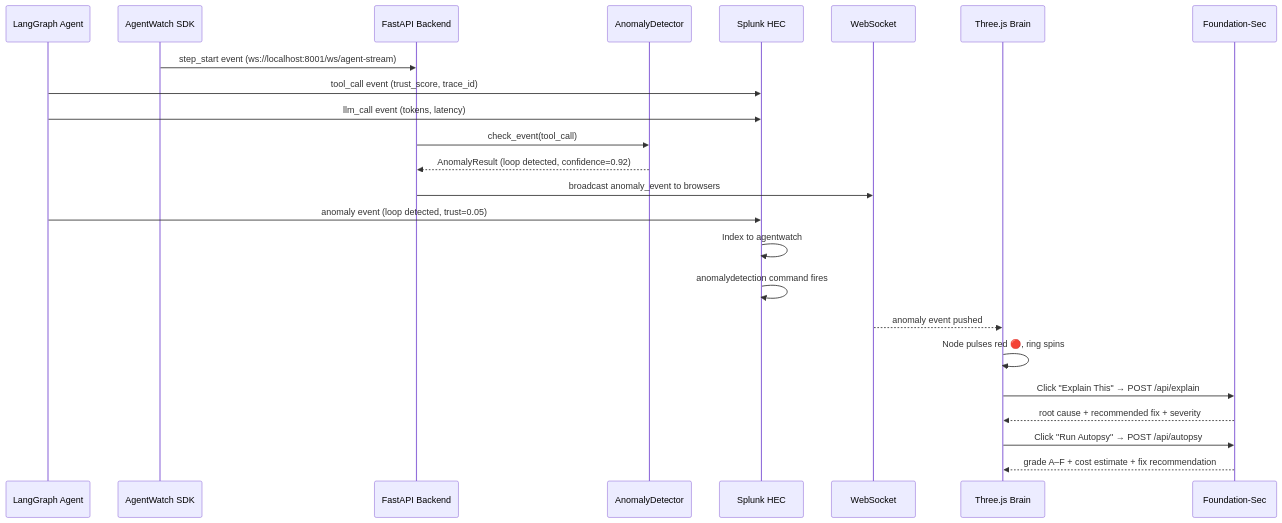
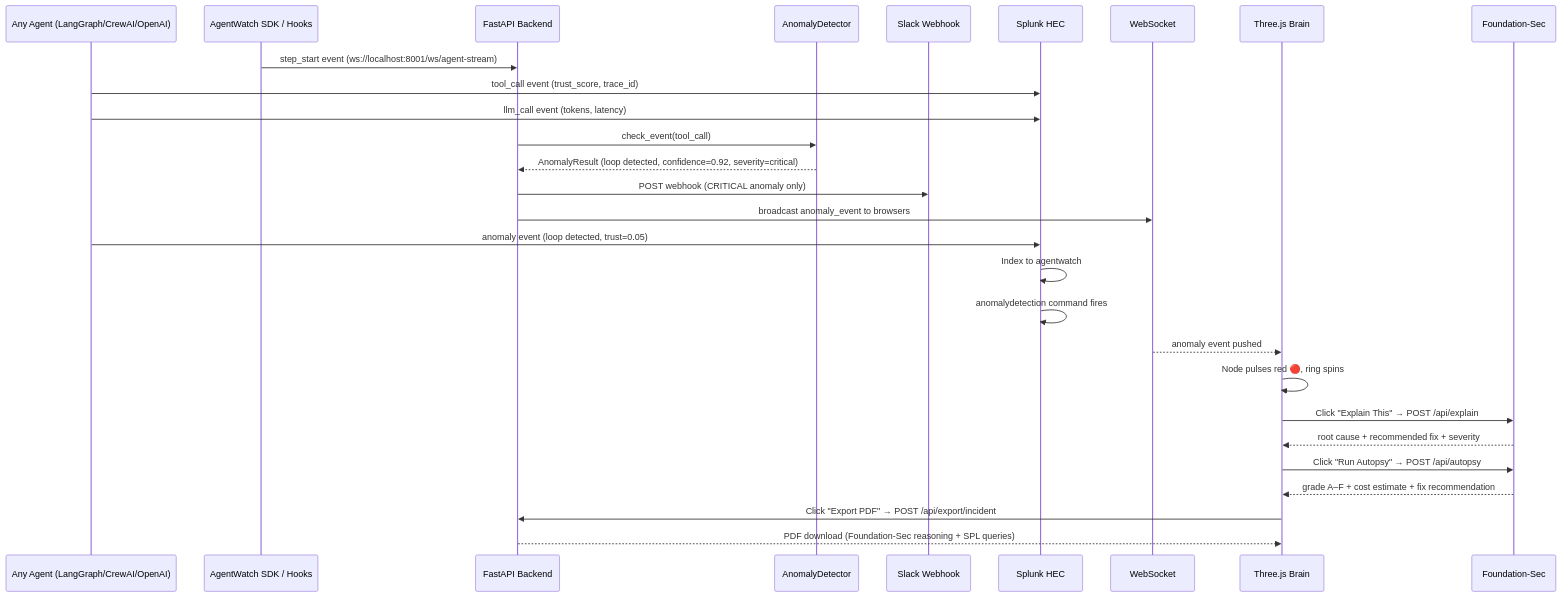
One commit to ashish-doing/agentwatch changed the second of 4 diagrams in architecture_diagram.md. Above: the diagram before and after it, drawn with Mermaid. The commit also changed other lines of this file, not shown here.

Commit message:
docs: update architecture diagram with all new features

````diff
--- a/architecture_diagram.md
+++ b/architecture_diagram.md
@@ -70,27 +78,31 @@
 ```mermaid
 sequenceDiagram
-    participant Agent as LangGraph Agent
-    participant SDK as AgentWatch SDK
+    participant Agent as Any Agent (LangGraph/CrewAI/OpenAI)
+    participant SDK as AgentWatch SDK / Hooks
     participant API as FastAPI Backend
     participant AD as AnomalyDetector
+    participant SLACK as Slack Webhook
     participant HEC as Splunk HEC
     participant WS as WebSocket
     participant Brain as Three.js Brain
     participant FS as Foundation-Sec
 
     SDK->>API: step_start event (ws://localhost:8001/ws/agent-stream)
     Agent->>HEC: tool_call event (trust_score, trace_id)
     Agent->>HEC: llm_call event (tokens, latency)
     API->>AD: check_event(tool_call)
-    AD-->>API: AnomalyResult (loop detected, confidence=0.92)
+    AD-->>API: AnomalyResult (loop detected, confidence=0.92, severity=critical)
+    API->>SLACK: POST webhook (CRITICAL anomaly only)
     API->>WS: broadcast anomaly_event to browsers
     Agent->>HEC: anomaly event (loop detected, trust=0.05)
     HEC->>HEC: Index to agentwatch
     HEC->>HEC: anomalydetection command fires
     WS-->>Brain: anomaly event pushed
     Brain->>Brain: Node pulses red 🔴, ring spins
     Brain->>FS: Click "Explain This" → POST /api/explain
     FS-->>Brain: root cause + recommended fix + severity
     Brain->>FS: Click "Run Autopsy" → POST /api/autopsy
     FS-->>Brain: grade A–F + cost estimate + fix recommendation
+    Brain->>API: Click "Export PDF" → POST /api/export/incident
+    API-->>Brain: PDF download (Foundation-Sec reasoning + SPL queries)
 ```
````
